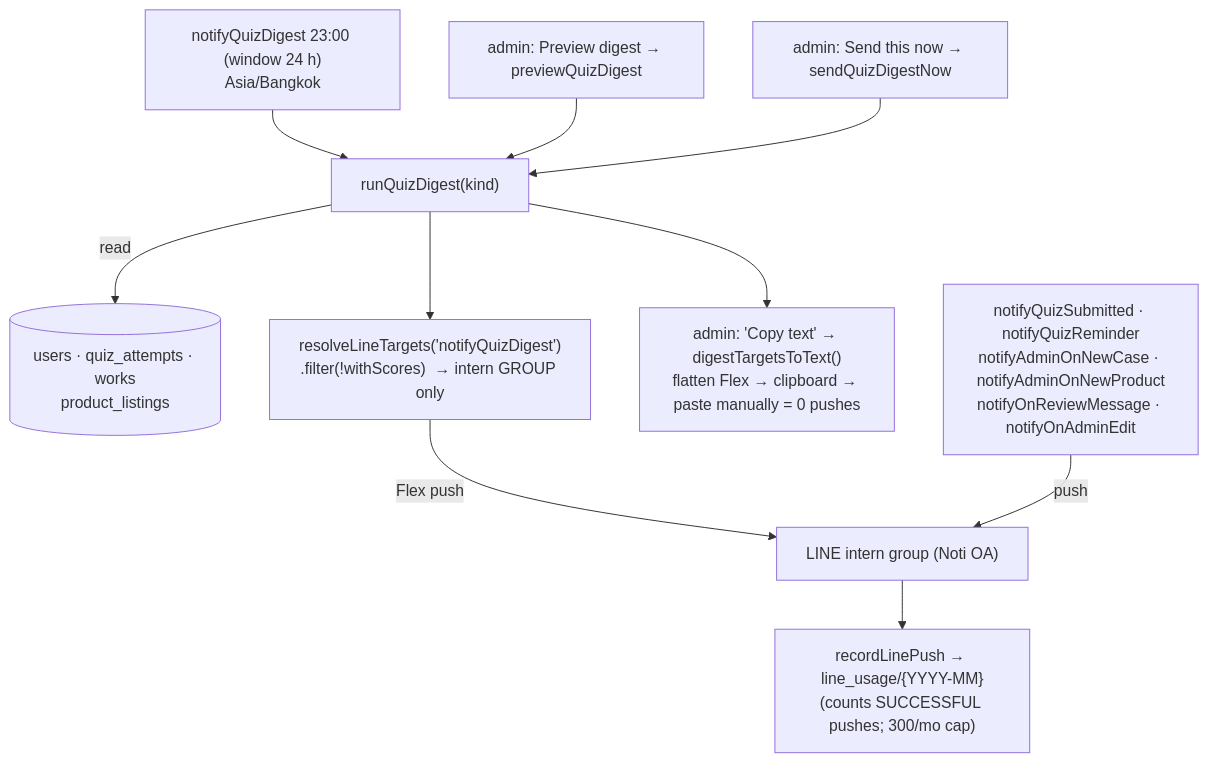
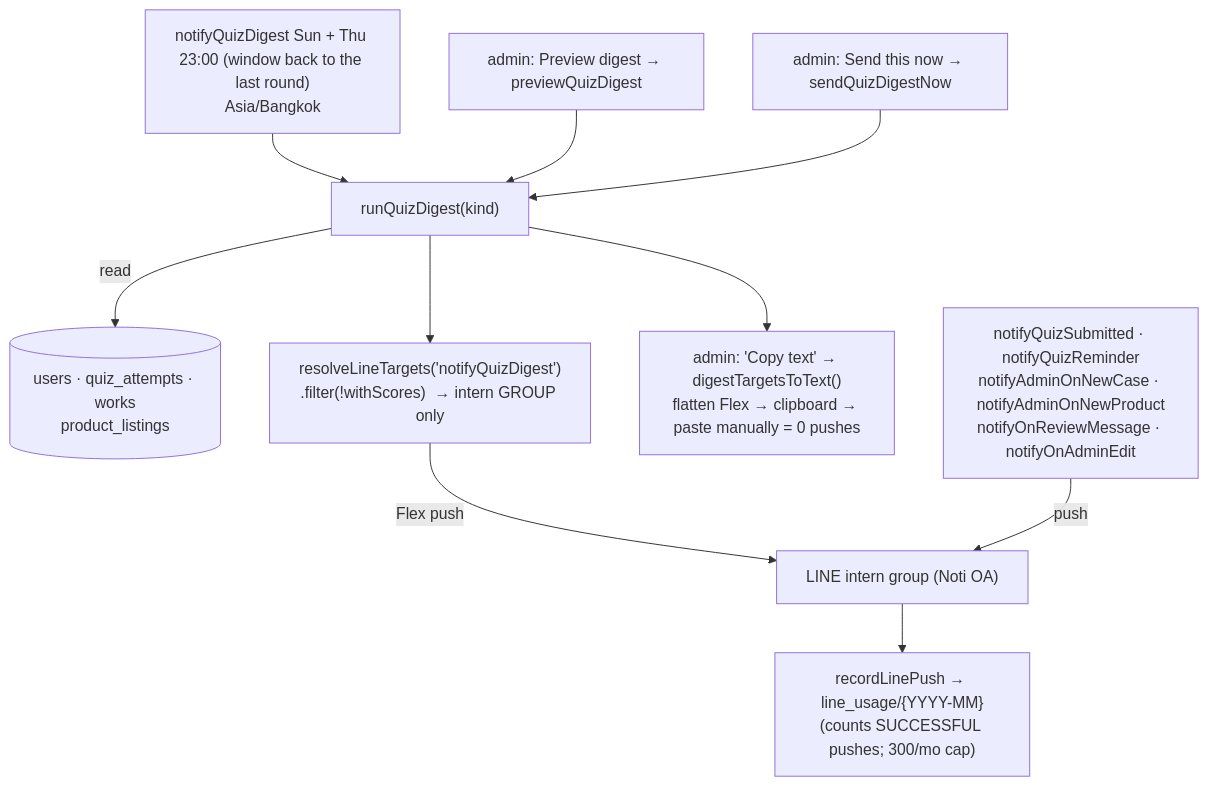
One commit to mlpditto/INTERN-PORT changed the fifth of 6 diagrams in docs/ARCHITECTURE.md. Above: the diagram before and after it, drawn with Mermaid. The commit also changed other lines of this file and 10 other files, not shown here.

````diff
--- a/docs/ARCHITECTURE.md
+++ b/docs/ARCHITECTURE.md
@@ -213,14 +213,14 @@
 ```mermaid
 flowchart TB
-    cron["notifyQuizDigest 23:00 (window 24 h)<br/>Asia/Bangkok"] --> run
+    cron["notifyQuizDigest Sun + Thu 23:00 (window back to the last round)<br/>Asia/Bangkok"] --> run
     manualP["admin: Preview digest → previewQuizDigest"] --> run
     manualS["admin: Send this now → sendQuizDigestNow"] --> run
     run["runQuizDigest(kind)"]
     run -->|read| src[("users · quiz_attempts · works<br/>product_listings")]
     run --> targets["resolveLineTargets('notifyQuizDigest')<br/>.filter(!withScores)  → intern GROUP only"]
     targets -->|Flex push| grp["LINE intern group (Noti OA)"]
     grp --> rec["recordLinePush → line_usage/{YYYY-MM}<br/>(counts SUCCESSFUL pushes; 300/mo cap)"]
     run --> copy["admin: 'Copy text' → digestTargetsToText()<br/>flatten Flex → clipboard → paste manually = 0 pushes"]
 
     other["notifyQuizSubmitted · notifyQuizReminder<br/>notifyAdminOnNewCase · notifyAdminOnNewProduct<br/>notifyOnReviewMessage · notifyOnAdminEdit"] -->|push| grp
 ```
````
